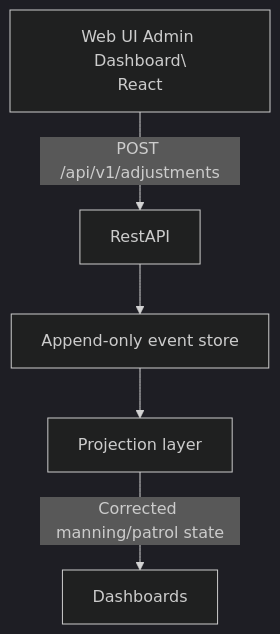
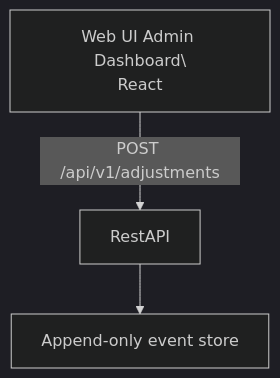
One commit to aau-cph-sw5/case-b-manning-patrol changed the diagram in contracts/adjustment/v1/README.md. Above: the diagram before and after it, drawn with Mermaid (dark theme). The commit also changed other lines of this file, not shown here.

````diff
--- a/contracts/adjustment/v1/README.md
+++ b/contracts/adjustment/v1/README.md
@@ -13,7 +13,5 @@
 ```mermaid
 graph TD
     WebUI[Web UI Admin Dashboard\\nReact] -->|POST /api/v1/adjustments| RestAPI
     RestAPI[RestAPI] --> Store[Append-only event store]
-    Store --> Replay[Projection layer]
-    Replay -->|Corrected manning/patrol state| Dashboards
 ```
````
